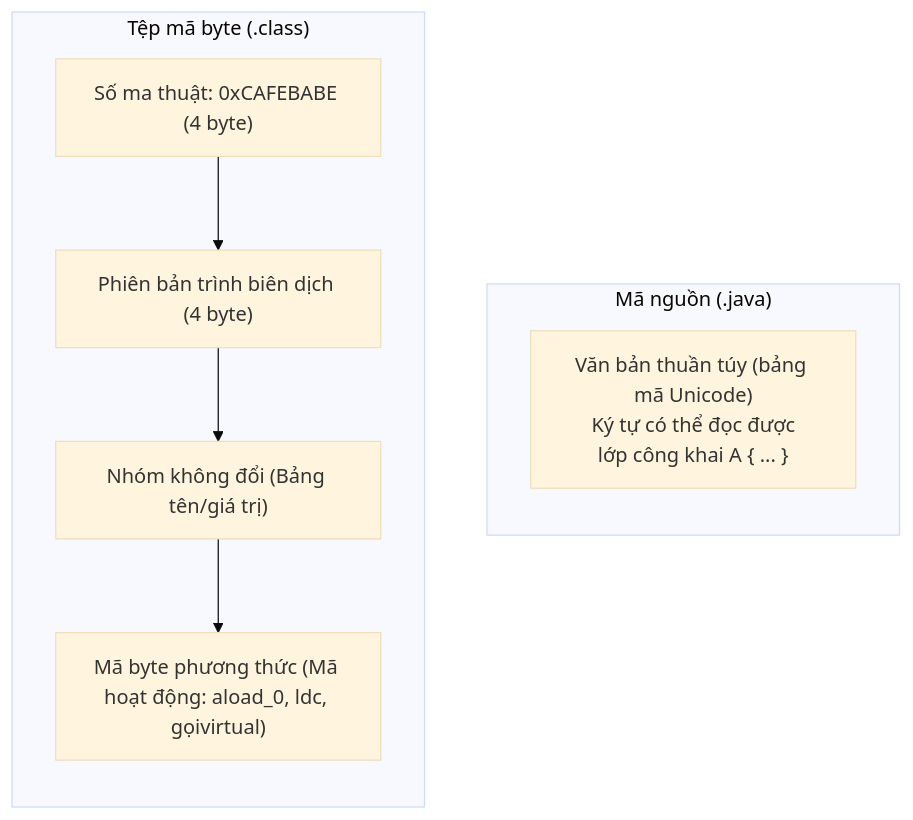
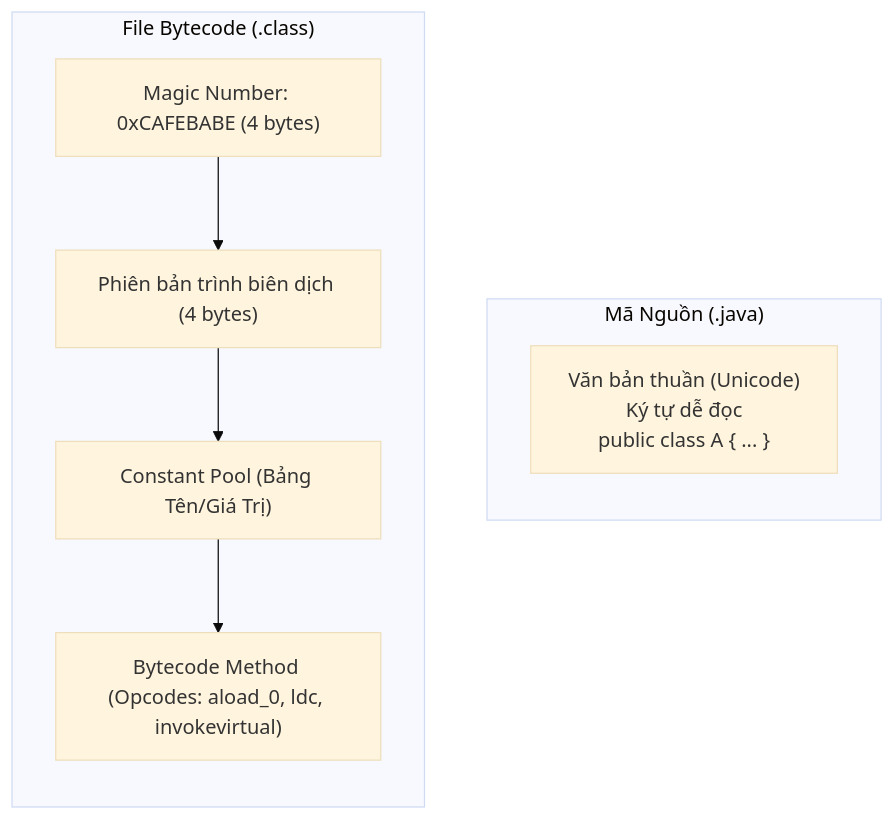
One commit to PhuThien2005/theoretical-of-java-core changed the third of 4 diagrams in vi/01-overview/theory/03-compile-runtime-flow.md. Above: the diagram before and after it, drawn with Mermaid (base theme). The commit also changed other lines of this file and 229 other files, not shown here.

````diff
--- a/vi/01-overview/theory/03-compile-runtime-flow.md
+++ b/vi/01-overview/theory/03-compile-runtime-flow.md
@@ -128,15 +132,15 @@
 ```mermaid
 flowchart TD
-    subgraph Source_Code ["Mã nguồn (.java)"]
+    subgraph Source_Code ["Mã Nguồn (.java)"]
         direction TB
-        txt["Văn bản thuần túy (bảng mã Unicode)<br>Ký tự có thể đọc được<br>lớp công khai A { ... }"]
+        txt["Văn bản thuần (Unicode)<br>Ký tự dễ đọc<br>public class A { ... }"]
     end
-    subgraph Bytecode_File ["Tệp mã byte (.class)"]
+    subgraph Bytecode_File ["File Bytecode (.class)"]
         direction TB
-        magic["Số ma thuật: 0xCAFEBABE (4 byte)"]
-        version["Phiên bản trình biên dịch (4 byte)"]
-        cp["Nhóm không đổi (Bảng tên/giá trị)"]
-        methods["Mã byte phương thức (Mã hoạt động: aload_0, ldc, gọivirtual)"]
+        magic["Magic Number: 0xCAFEBABE (4 bytes)"]
+        version["Phiên bản trình biên dịch (4 bytes)"]
+        cp["Constant Pool (Bảng Tên/Giá Trị)"]
+        methods["Bytecode Method (Opcodes: aload_0, ldc, invokevirtual)"]
         magic --> version --> cp --> methods
     end
 ```
````
